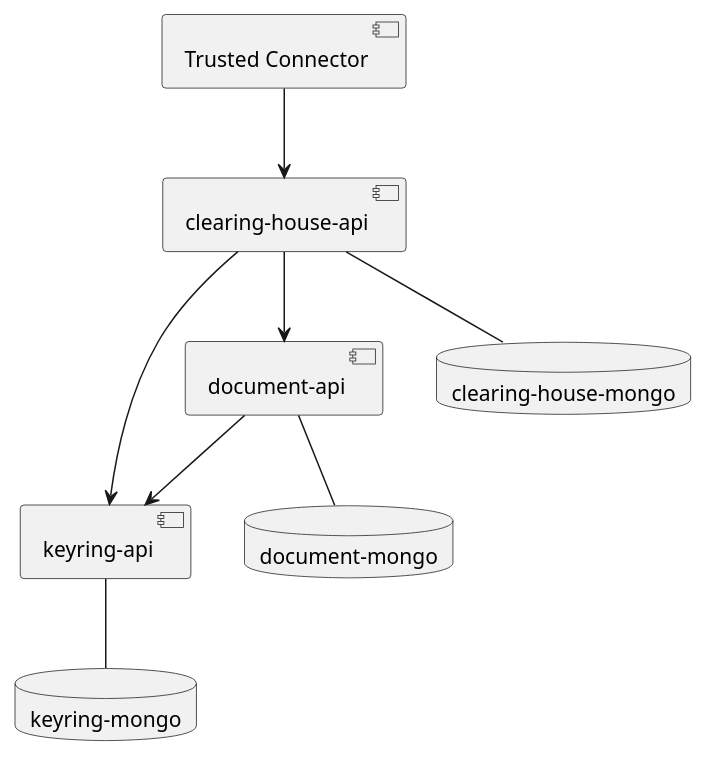
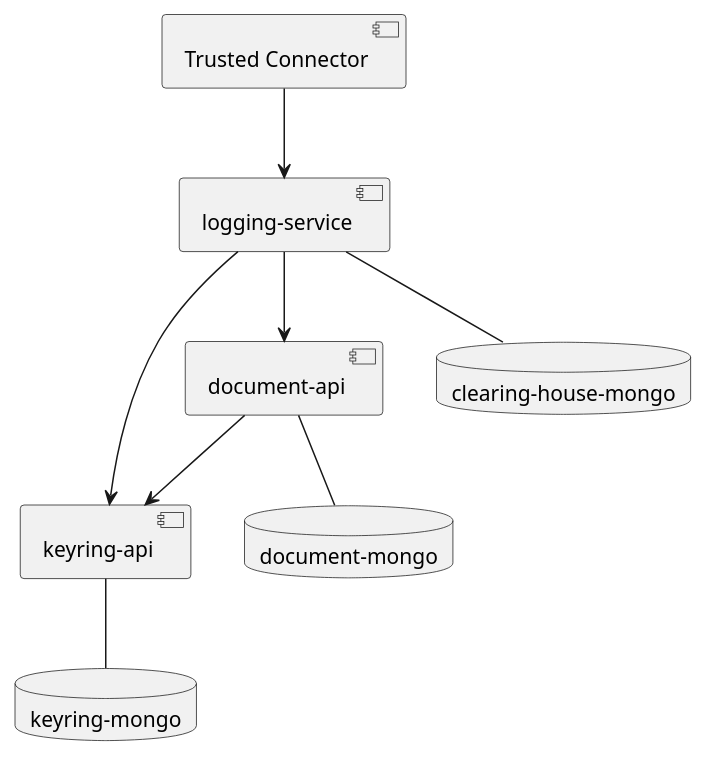
One commit to Fraunhofer-AISEC/ids-clearing-house-service changed the diagram in doc/images/ch_container_dependencies.puml. Above: the diagram before and after it, drawn with PlantUML. The commit also changed 1 other file, not shown here.

Commit message:
Renamed clearing-house-api to logging-service in container dependency image.

```diff
--- a/doc/images/ch_container_dependencies.puml
+++ b/doc/images/ch_container_dependencies.puml
@@ -1,21 +1,21 @@
 @startuml
 
 component tccore as "Trusted Connector"
 
-component chapi as "clearing-house-api"
+component logservice as "logging-service"
 component docapi as "document-api"
 component keyapi as "keyring-api"
 
 database chmongo as "clearing-house-mongo"
 database docmongo as "document-mongo"
 database keymongo as "keyring-mongo"
 
-tccore --> chapi
-chapi -- chmongo
-chapi --> docapi
-chapi --> keyapi
+tccore --> logservice
+logservice -- chmongo
+logservice --> docapi
+logservice --> keyapi
 docapi -- docmongo
 docapi --> keyapi
 keyapi -- keymongo
 
 @enduml
```
